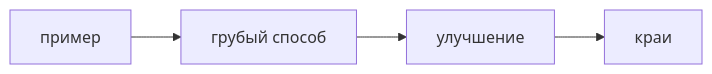
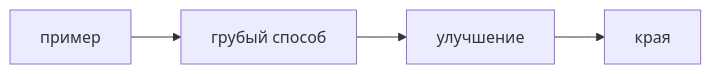
The sixth of 6 diagrams in nine-to-eighteen/ui/src/data/learn/algo/algo-complexity.md (AlexanderNY/cursor_test), drawn with Mermaid before and after one commit. The commit also changed other lines of this file and 227 other files, not shown here.

````diff
--- a/nine-to-eighteen/ui/src/data/learn/algo/algo-complexity.md
+++ b/nine-to-eighteen/ui/src/data/learn/algo/algo-complexity.md
@@ -208,6 +208,6 @@
 ```mermaid
 flowchart LR
   E[пример] --> B[грубый способ]
   B --> Better[улучшение]
-  Better --> Edge[краи]
+  Better --> Edge[края]
 ```
````
